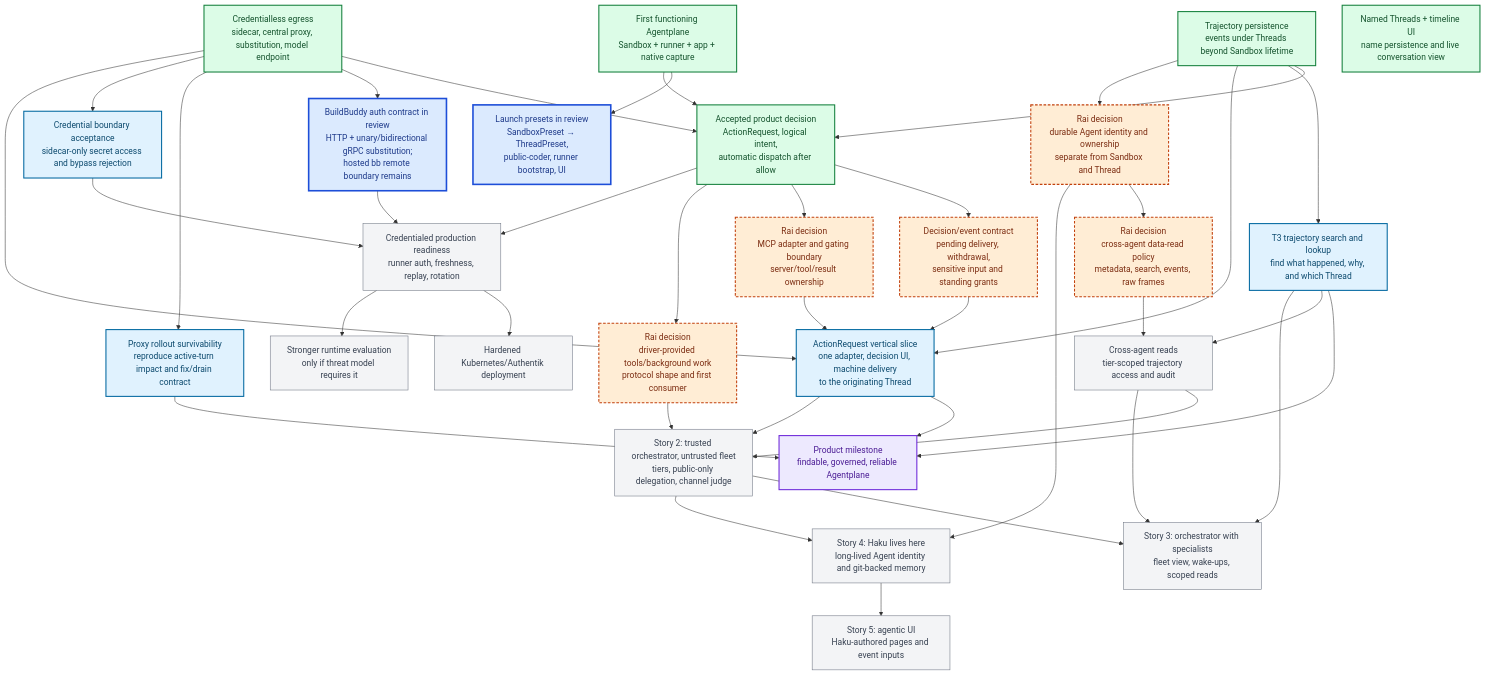
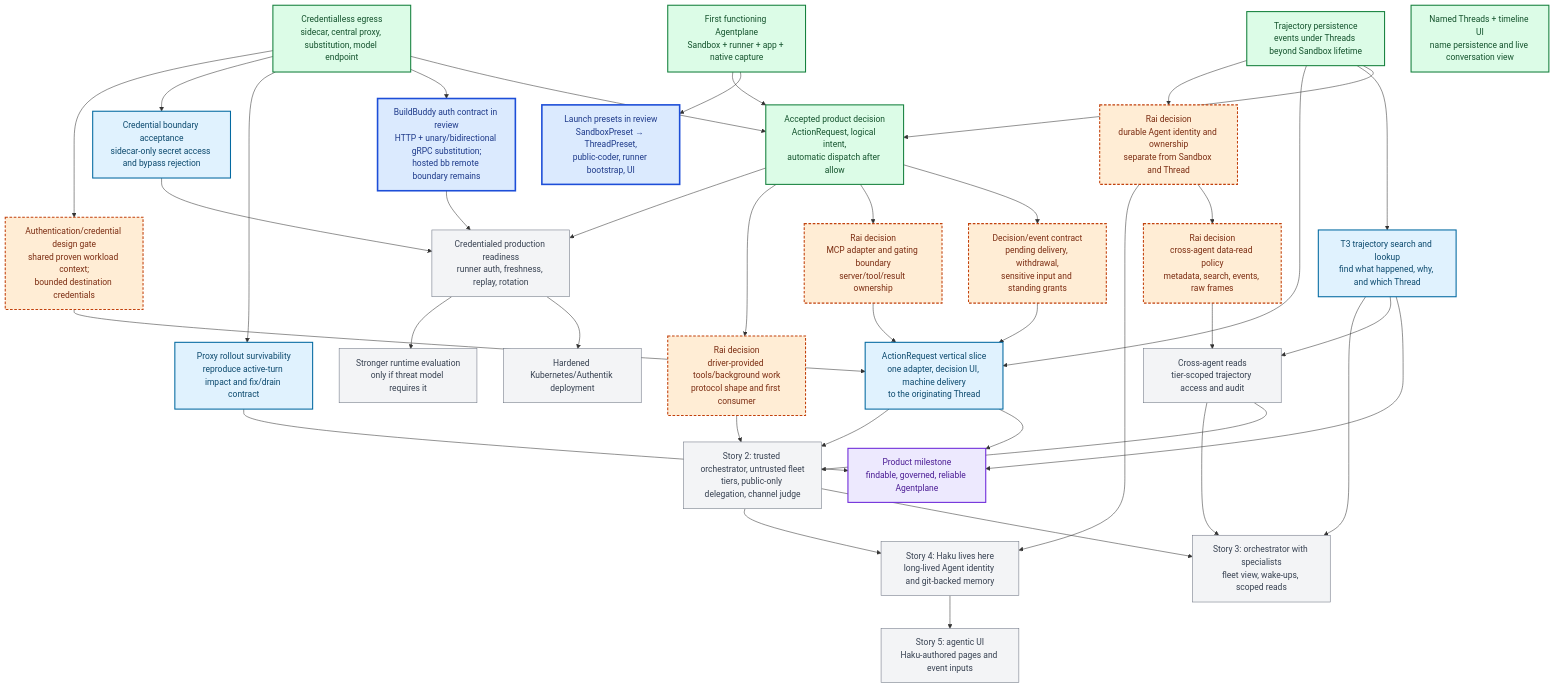
One commit to agentydragon/ducktape changed the diagram in x/agentplane/plans/task_dag.md. Above: the diagram before and after it, drawn with Mermaid. The commit also changed other lines of this file and 2 other files, not shown here.

Commit message:
docs(agentplane): converge authentication boundaries

````diff
--- a/x/agentplane/plans/task_dag.md
+++ b/x/agentplane/plans/task_dag.md
@@ -51,77 +58,79 @@
 ```mermaid
 flowchart TB
     classDef completed fill:#dcfce7,stroke:#15803d,color:#14532d,stroke-width:2px
     classDef active fill:#dbeafe,stroke:#1d4ed8,color:#1e3a8a,stroke-width:3px
     classDef ready fill:#e0f2fe,stroke:#0369a1,color:#0c4a6e,stroke-width:2px
     classDef milestone fill:#ede9fe,stroke:#6d28d9,color:#4c1d95,stroke-width:2px
     classDef decision fill:#ffedd5,stroke:#c2410c,color:#7c2d12,stroke-width:2px,stroke-dasharray:5 3
     classDef future fill:#f3f4f6,stroke:#6b7280,color:#374151
 
     F0["First functioning Agentplane<br/>Sandbox + runner + app + native capture"]:::completed
     J["Credentialless egress<br/>sidecar, central proxy, substitution, model endpoint"]:::completed
     T1["Trajectory persistence<br/>events under Threads beyond Sandbox lifetime"]:::completed
     T2["Named Threads + timeline UI<br/>name persistence and live conversation view"]:::completed
 
     LP["Launch presets in review<br/>SandboxPreset → ThreadPreset,<br/>public-coder, runner bootstrap, UI"]:::active
     BB["BuildBuddy auth contract in review<br/>HTTP + unary/bidirectional gRPC substitution;<br/>hosted bb remote boundary remains"]:::active
 
     OPD["Accepted product decision<br/>ActionRequest, logical intent,<br/>automatic dispatch after allow"]:::completed
     OPS["Decision/event contract<br/>pending delivery, withdrawal,<br/>sensitive input and standing grants"]:::decision
     MCPD["Rai decision<br/>MCP adapter and gating boundary<br/>server/tool/result ownership"]:::decision
+    AUTH["Authentication/credential design gate<br/>shared proven workload context;<br/>bounded destination credentials"]:::decision
     OPI["ActionRequest vertical slice<br/>one adapter, decision UI, machine delivery<br/>to the originating Thread"]:::ready
 
     T3["T3 trajectory search and lookup<br/>find what happened, why, and which Thread"]:::ready
     PR["Proxy rollout survivability<br/>reproduce active-turn impact and fix/drain contract"]:::ready
     SEC["Credential boundary acceptance<br/>sidecar-only secret access and bypass rejection"]:::ready
 
     AGD["Rai decision<br/>durable Agent identity and ownership<br/>separate from Sandbox and Thread"]:::decision
     DATAD["Rai decision<br/>cross-agent data-read policy<br/>metadata, search, events, raw frames"]:::decision
     XREAD["Cross-agent reads<br/>tier-scoped trajectory access and audit"]:::future
 
     DT["Rai decision<br/>driver-provided tools/background work<br/>protocol shape and first consumer"]:::decision
     N["Story 2: trusted orchestrator, untrusted fleet<br/>tiers, public-only delegation, channel judge"]:::future
     O["Story 3: orchestrator with specialists<br/>fleet view, wake-ups, scoped reads"]:::future
     HK["Story 4: Haku lives here<br/>long-lived Agent identity and git-backed memory"]:::future
     UI["Story 5: agentic UI<br/>Haku-authored pages and event inputs"]:::future
     L["Credentialed production readiness<br/>runner auth, freshness, replay, rotation"]:::future
     V["Stronger runtime evaluation<br/>only if threat model requires it"]:::future
     W["Hardened Kubernetes/Authentik deployment"]:::future
     F["Product milestone<br/>findable, governed, reliable Agentplane"]:::milestone
 
     F0 --> LP
     F0 --> OPD
     J --> OPD
     J --> BB
     T1 --> OPD
     T1 --> T3
     J --> PR
     J --> SEC
     OPD --> OPS
     OPD --> MCPD
     OPS --> OPI
     MCPD --> OPI
-    J --> OPI
+    J --> AUTH
+    AUTH --> OPI
     T1 --> OPI
     T3 --> F
     OPI --> F
     PR --> F
     SEC --> L
     BB --> L
     OPD --> DT
     T1 --> AGD
     AGD --> DATAD
     T3 --> XREAD
     DATAD --> XREAD
     OPI --> N
     XREAD --> N
     DT --> N
     N --> O
     XREAD --> O
     T3 --> O
     N --> HK
     AGD --> HK
     HK --> UI
     L --> W
     OPD --> L
     L --> V
 ```
````
